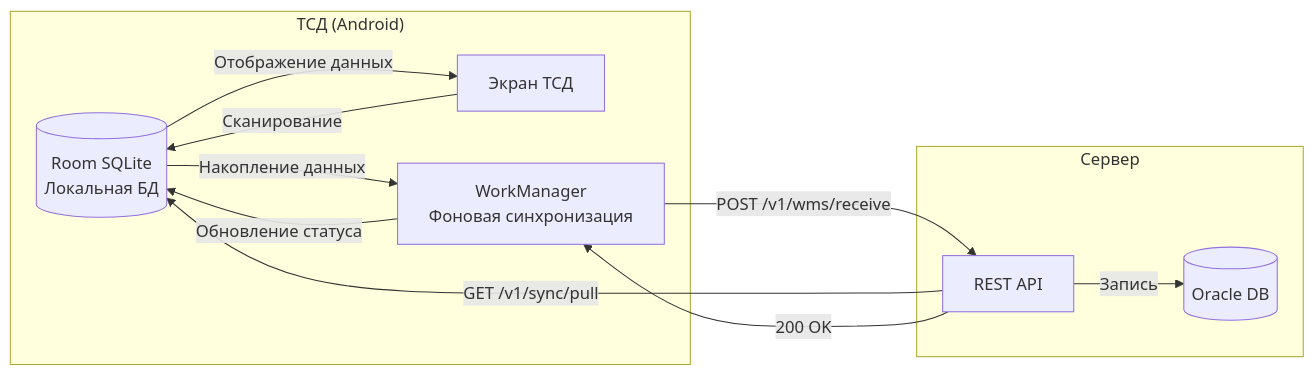
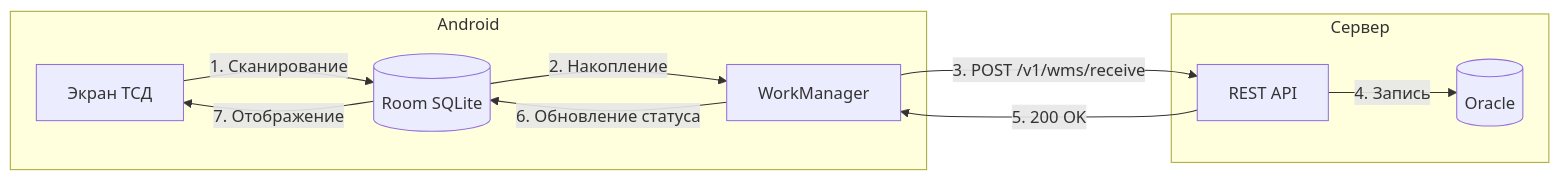
The third of 4 diagrams in src/main/resources/markdown/Tech_spec/Accept.md (polushindn-art/oralce-api), drawn with Mermaid before and after one commit. The commit also changed other lines of this file and 5 other files, not shown here.

````diff
--- a/src/main/resources/markdown/Tech_spec/Accept.md
+++ b/src/main/resources/markdown/Tech_spec/Accept.md
@@ -106,27 +123,22 @@
 ```mermaid
 flowchart LR
-    subgraph ТСД["ТСД (Android)"]
-        Room[("Room SQLite<br/>Локальная БД")]
+    subgraph Android
         UI[Экран ТСД]
-        WorkManager[WorkManager<br/>Фоновая синхронизация]
+        Room[(Room SQLite)]
+        WM[WorkManager]
     end
 
     subgraph Сервер
         API[REST API]
-        Oracle[("Oracle DB")]
+        Oracle[(Oracle)]
     end
 
-%% При загрузке задания
-    API -->|GET /v1/sync/pull| Room
-    Room -->|Отображение данных| UI
+    UI -->|1. Сканирование| Room
+    Room -->|2. Накопление| WM
+    WM -->|3. POST /v1/wms/receive| API
+    API -->|4. Запись| Oracle
 
-%% При сканировании (офлайн)
-    UI -->|Сканирование| Room
-    Room -->|Накопление данных| WorkManager
-
-%% Фоновая синхронизация
-    WorkManager -->|POST /v1/wms/receive| API
-    API -->|Запись| Oracle
-    API -->|200 OK| WorkManager
-    WorkManager -->|Обновление статуса| Room
+    API -->|5. 200 OK| WM
+    WM -->|6. Обновление статуса| Room
+    Room -->|7. Отображение| UI
 ```
````
